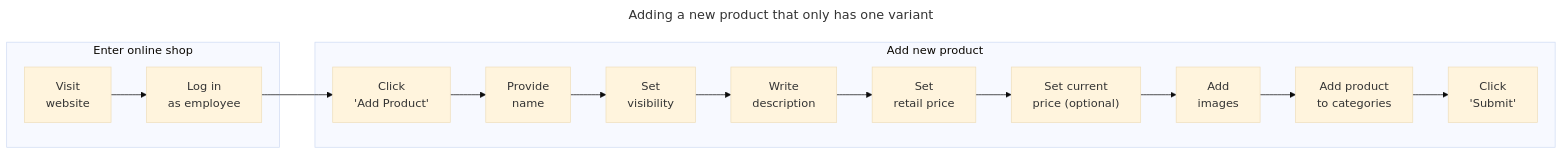
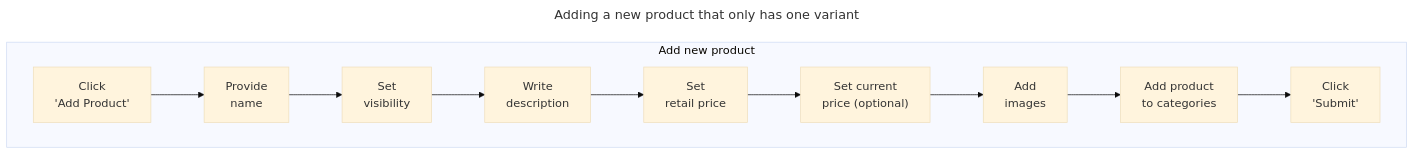
The diagram in image-sources/diagrams/user-journeys/journey-adding-product.mmd (qw3ry/misarch-docs), drawn with Mermaid (base theme) before and after one commit. The commit also changed 32 other files, not shown here.

Commit message:
Removed login overhead from the user-journey diagrams

```diff
--- a/image-sources/diagrams/user-journeys/journey-adding-product.mmd
+++ b/image-sources/diagrams/user-journeys/journey-adding-product.mmd
@@ -1,20 +1,17 @@
 ---
 title: Adding a new product that only has one variant
 ---
 flowchart LR
-    subgraph Enter online shop
-        A[Visit\nwebsite]
-        B[Log in\nas employee]
-    end
     subgraph Add new product
+        direction LR
         C["Click\n'Add Product'"]
         D[Provide\nname]
         E[Set\nvisibility]
         F[Write\ndescription]
         G[Set\nretail price]
         H["Set current\nprice (optional)"]
         I[Add\nimages]
         J[Add product\nto categories]
         K["Click\n'Submit'"]
     end
-    A --> B --> C --> D --> E --> F --> G --> H --> I --> J --> K
+    C --> D --> E --> F --> G --> H --> I --> J --> K
```
